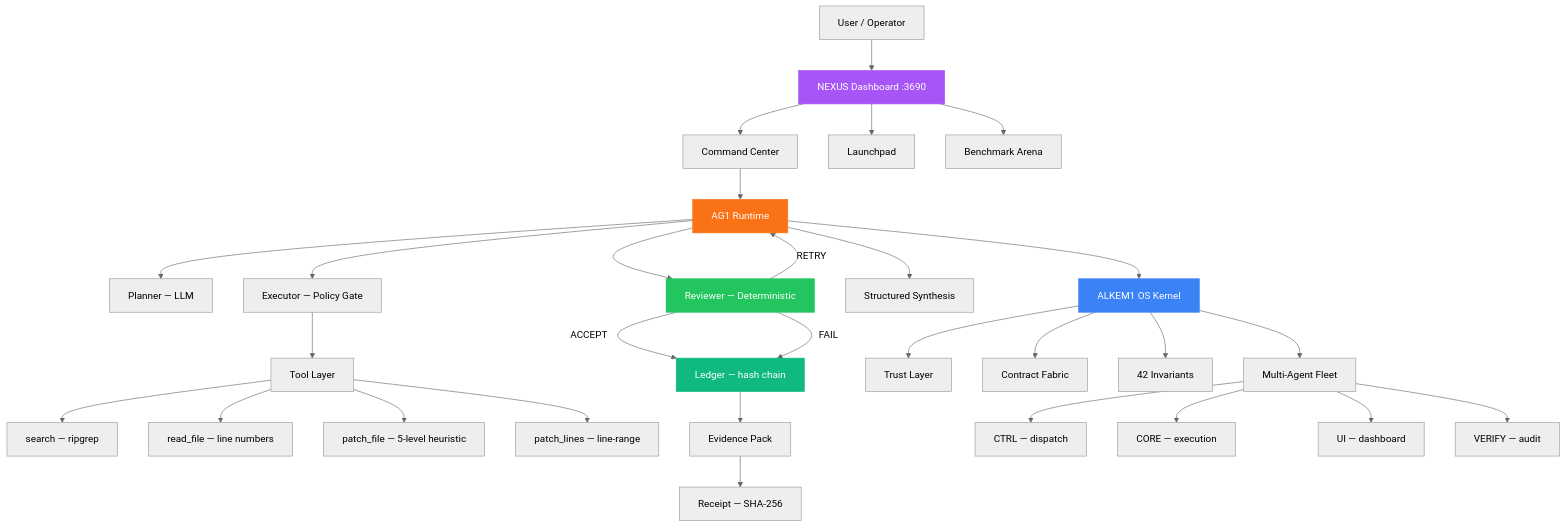
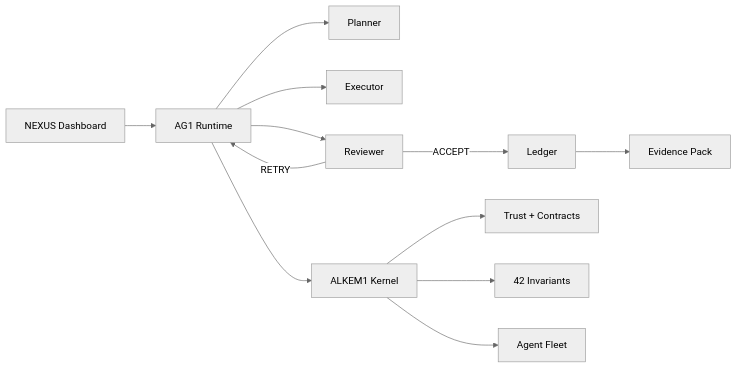
The diagram in README.md (a1kem1/a1kem1), drawn with Mermaid (neutral theme) before and after one commit.

Commit message:
Simplify Mermaid diagram — fix render issue
Reduced node count and removed style directives that break GitHub renderer.

````diff
--- a/README.md
+++ b/README.md
@@ -42,43 +42,14 @@
 ```mermaid
-graph TD
-    U[User / Operator] --> N[NEXUS Dashboard :3690]
-    N --> CC[Command Center]
-    N --> LP[Launchpad]
-    N --> BM[Benchmark Arena]
-    
-    CC --> AG1[AG1 Runtime]
-    AG1 --> PL[Planner — LLM]
-    AG1 --> EX[Executor — Policy Gate]
-    AG1 --> RV[Reviewer — Deterministic]
-    AG1 --> SY[Structured Synthesis]
-    
-    EX --> TL[Tool Layer]
-    TL --> S[search — ripgrep]
-    TL --> R[read_file — line numbers]
-    TL --> PF[patch_file — 5-level heuristic]
-    TL --> PL2[patch_lines — line-range]
-    
-    RV -->|ACCEPT| LD[Ledger — hash chain]
-    RV -->|RETRY| AG1
-    RV -->|FAIL| LD
-    
-    LD --> EP[Evidence Pack]
-    EP --> RC[Receipt — SHA-256]
-    
-    AG1 --> K[ALKEM1 OS Kernel]
-    K --> TR[Trust Layer]
-    K --> CT[Contract Fabric]
-    K --> IV[42 Invariants]
-    
-    K --> FL[Multi-Agent Fleet]
-    FL --> C1[CTRL — dispatch]
-    FL --> C2[CORE — execution]
-    FL --> C3[UI — dashboard]
-    FL --> C4[VERIFY — audit]
-
-    style AG1 fill:#F97316,color:#fff,stroke:#F97316
-    style K fill:#3B82F6,color:#fff,stroke:#3B82F6
-    style N fill:#A855F7,color:#fff,stroke:#A855F7
-    style RV fill:#22C55E,color:#fff,stroke:#22C55E
-    style LD fill:#10B981,color:#fff,stroke:#10B981
+graph LR
+    A[NEXUS Dashboard] --> B[AG1 Runtime]
+    B --> C[Planner]
+    B --> D[Executor]
+    B --> E[Reviewer]
+    E -->|ACCEPT| F[Ledger]
+    E -->|RETRY| B
+    F --> G[Evidence Pack]
+    B --> H[ALKEM1 Kernel]
+    H --> I[Trust + Contracts]
+    H --> J[42 Invariants]
+    H --> K[Agent Fleet]
 ```
````
